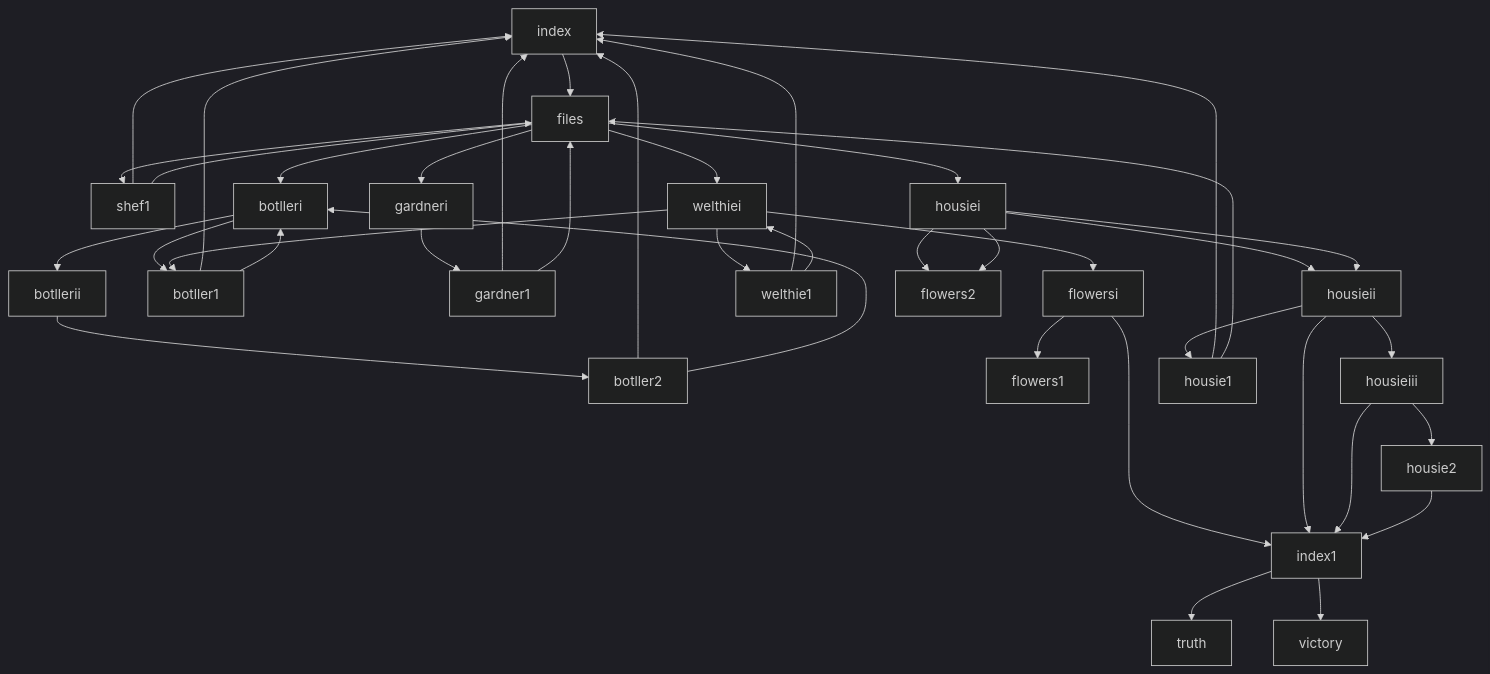
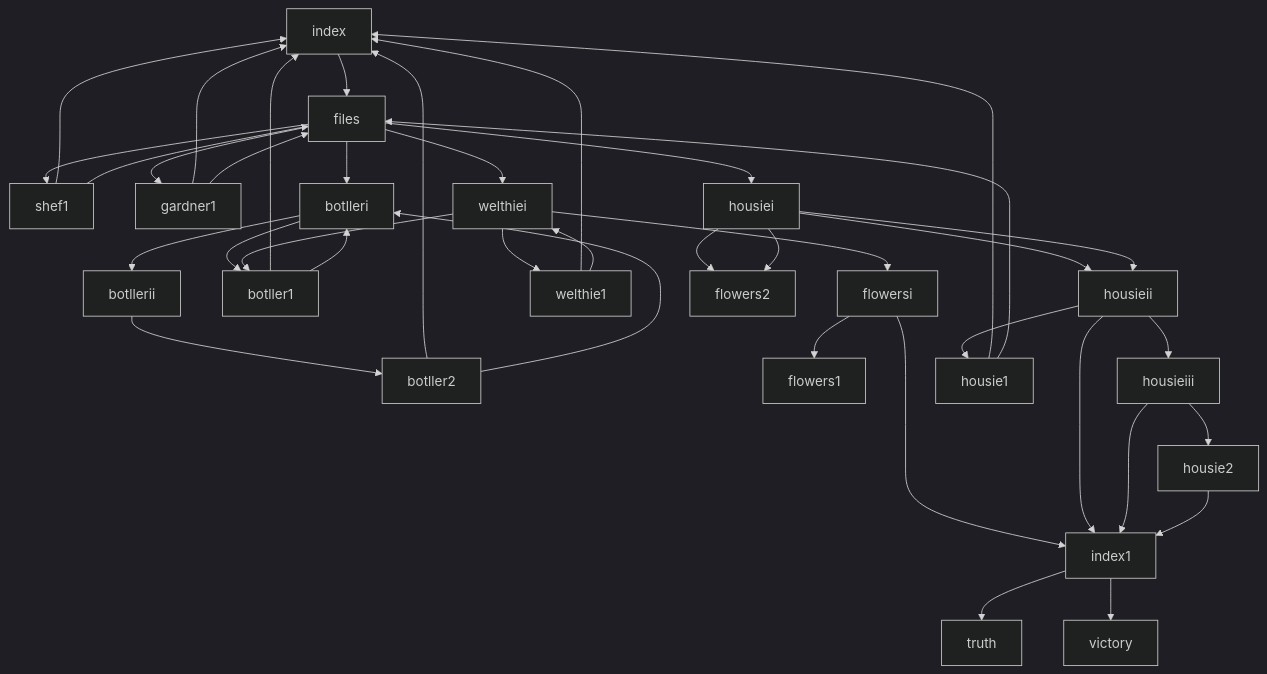
The diagram in README.md (rgbhsl/detective-flowers), drawn with Mermaid (dark theme) before and after one commit. The commit also changed 5 other files, not shown here.

````diff
--- a/README.md
+++ b/README.md
@@ -18,43 +18,42 @@
 ```mermaid
 
 graph TD;
     index --> files
-    files --> shef1 & gardneri & housiei & botlleri & welthiei
+    files --> shef1 & gardner1 & housiei & botlleri & welthiei
 
 %%Shef, 1 ending
     shef1 --> index & files
 
 %%Botller, 2 endings
     botlleri --> botllerii & botller1
     botllerii --> botller2
     botller1 --> index & botlleri
     botller2 --> index & botlleri
 
 %%Gardner, 1 ending
-    gardneri --> gardner1
     gardner1 --> index & files
 
 %%Welthie, 1 ending
     welthiei --> flowersi & welthie1 & botller1
     welthie1 --> index & welthiei
 
-%%Flowers, 2 endings + 1 index ending
+%%Flowers, 2 endings
     flowersi --> flowers1 & index1
     housiei --> housieii & flowers2
 
 
-%%Housie, 2 endings + 1 index ending
+%%Housie, 2 endings
     housiei --> housieii & flowers2
     housieii --> index1 & housieiii & housie1
     housieiii --> index1 & housie2
     housie1 --> index & files
     housie2 --> index1
 
 %%Index (2 secret endings)
  index1 --> truth & victory
 
     
 
 
 
 ```
````
